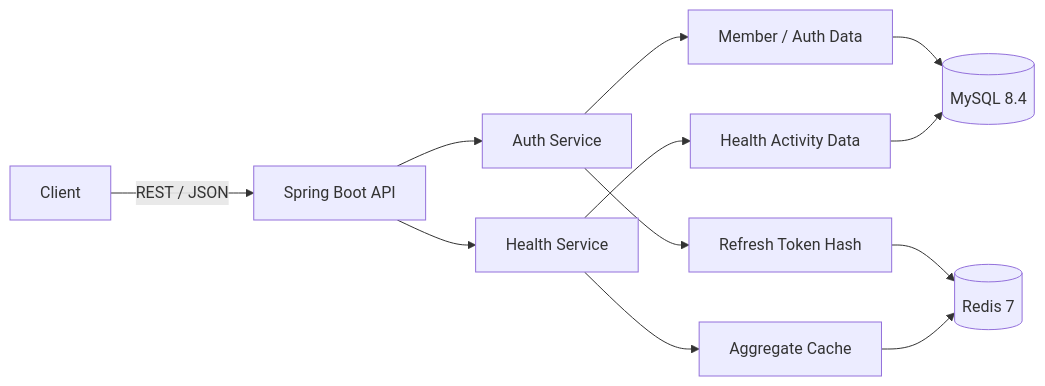
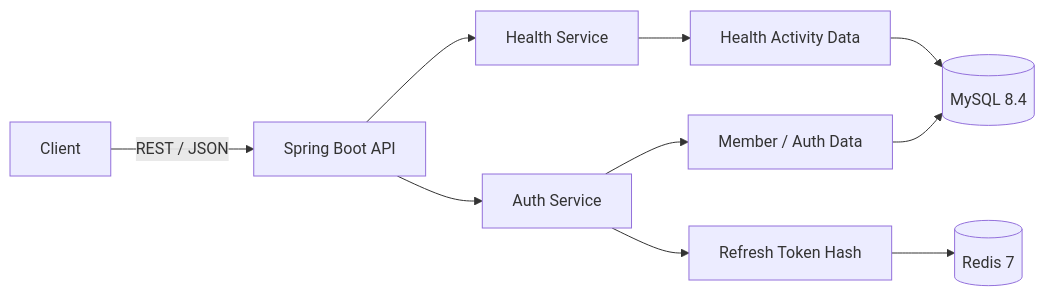
Before and after one commit to dongkeonkim/okcare-health-backend: the diagram in docs/설계/개발_계획.md, drawn with Mermaid. The commit also changed other lines of this file and 30 other files, not shown here.

````diff
--- a/docs/설계/개발_계획.md
+++ b/docs/설계/개발_계획.md
@@ -46,14 +46,12 @@
 ```mermaid
 flowchart LR
     Client[Client] -->|REST / JSON| App[Spring Boot API]
     App --> Auth[Auth Service]
     App --> Health[Health Service]
     Auth --> MemberData[Member / Auth Data]
     Health --> ActivityData[Health Activity Data]
     MemberData --> MySQL[(MySQL 8.4)]
     ActivityData --> MySQL
     Auth --> RefreshToken[Refresh Token Hash]
-    Health --> AggregateCache[Aggregate Cache]
     RefreshToken --> Redis[(Redis 7)]
-    AggregateCache --> Redis
 ```
````
